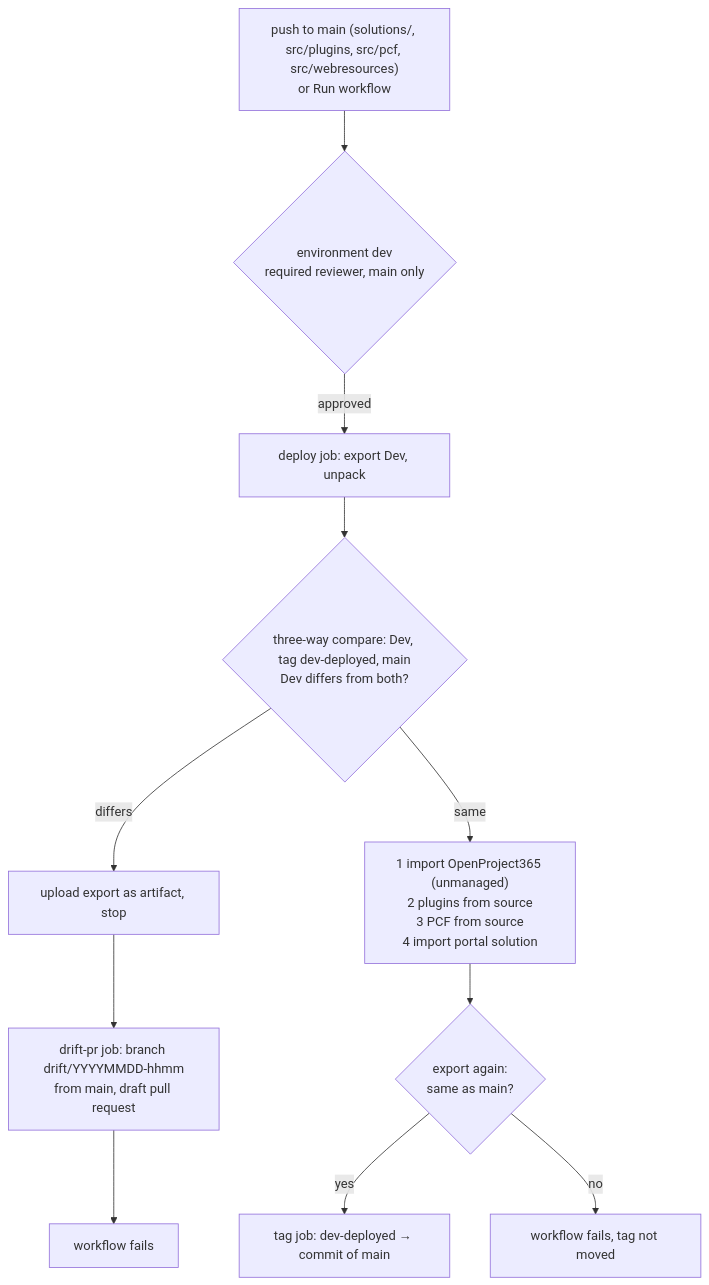
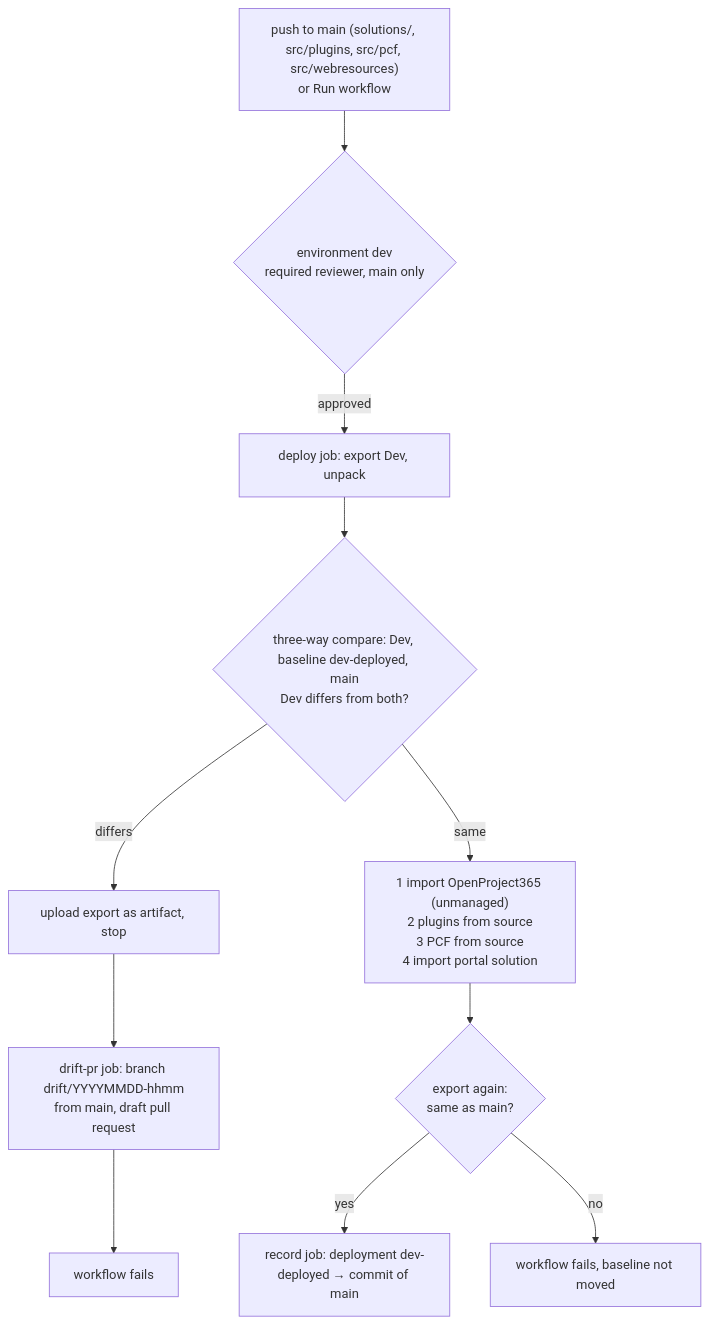
Before and after one commit to Power-Builders-Italia/ProjectIQ: the diagram in docs/adr/0002-deploy-dev.md, drawn with Mermaid. The commit also changed other lines of this file and 2 other files, not shown here.

First line of the commit message:
deploy-dev: record the baseline as a deployment of dev-deployed (#58)

````diff
--- a/docs/adr/0002-deploy-dev.md
+++ b/docs/adr/0002-deploy-dev.md
@@ -19,13 +19,13 @@
 ```mermaid
 flowchart TB
     T["push to main (solutions/, src/plugins, src/pcf, src/webresources)<br/>or Run workflow"] --> A{"environment dev<br/>required reviewer, main only"}
     A -->|approved| E["deploy job: export Dev, unpack"]
-    E --> C{"three-way compare: Dev, tag dev-deployed, main<br/>Dev differs from both?"}
+    E --> C{"three-way compare: Dev, baseline dev-deployed, main<br/>Dev differs from both?"}
     C -->|differs| S["upload export as artifact, stop"]
     S --> P["drift-pr job: branch drift/YYYYMMDD-hhmm<br/>from main, draft pull request"]
     P --> X["workflow fails"]
     C -->|same| I["1 import OpenProject365 (unmanaged)<br/>2 plugins from source<br/>3 PCF from source<br/>4 import portal solution"]
     I --> V{"export again:<br/>same as main?"}
-    V -->|yes| G["tag job: dev-deployed → commit of main"]
-    V -->|no| F["workflow fails, tag not moved"]
+    V -->|yes| G["record job: deployment dev-deployed → commit of main"]
+    V -->|no| F["workflow fails, baseline not moved"]
 ```
````
